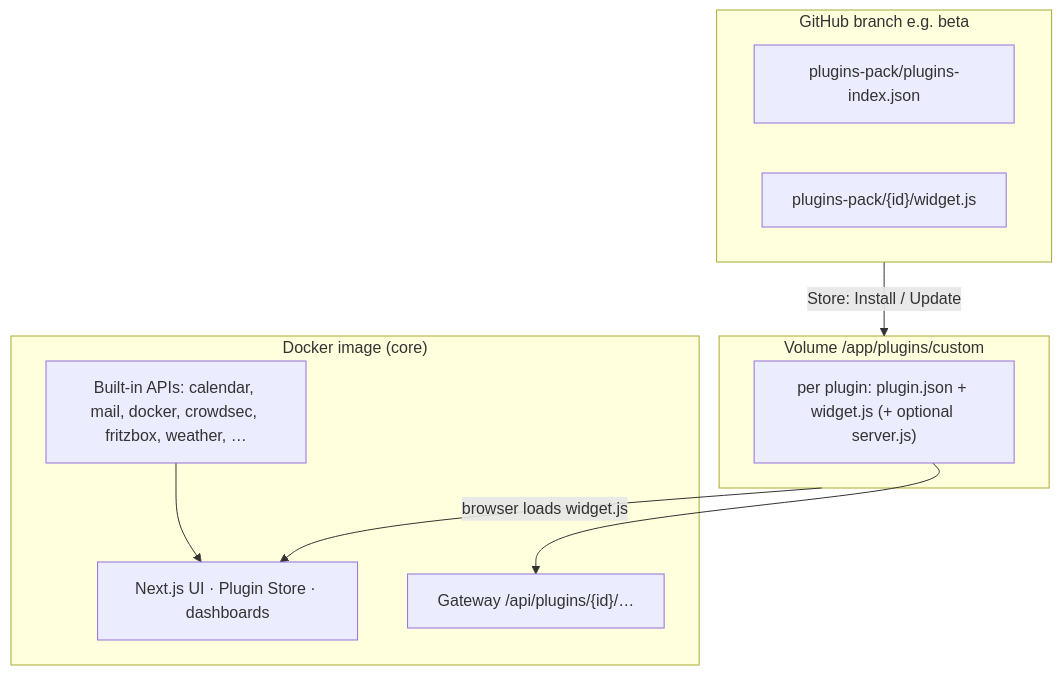
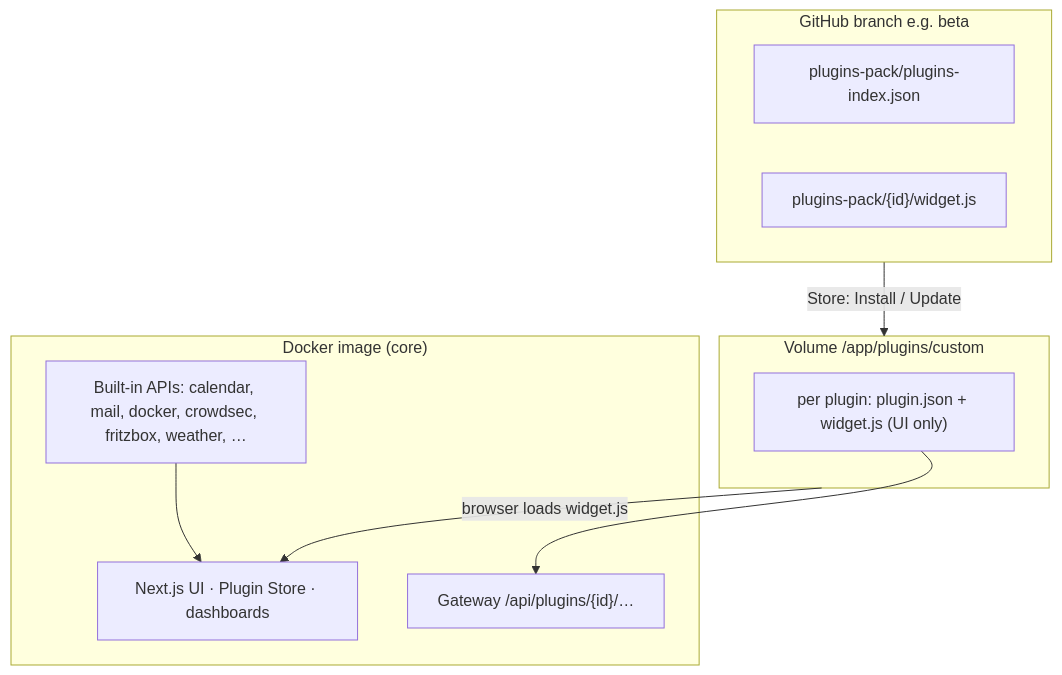
Before and after one commit to s3lfcod3r/selfdashboard: the first of 2 diagrams in README.md, drawn with Mermaid. The commit also changed other lines of this file and 5 other files, not shown here.

````diff
--- a/README.md
+++ b/README.md
@@ -61,19 +61,19 @@
 ```mermaid
 flowchart TB
   subgraph image["Docker image (core)"]
     UI["Next.js UI · Plugin Store · dashboards"]
     CORE["Built-in APIs: calendar, mail, docker, crowdsec, fritzbox, weather, …"]
     GW["Gateway /api/plugins/{id}/…"]
   end
   subgraph vol["Volume /app/plugins/custom"]
-    W["per plugin: plugin.json + widget.js (+ optional server.js)"]
+    W["per plugin: plugin.json + widget.js (UI only)"]
   end
   subgraph gh["GitHub branch e.g. beta"]
     IDX["plugins-pack/plugins-index.json"]
     PACK["plugins-pack/{id}/widget.js"]
   end
   gh -->|"Store: Install / Update"| vol
   vol -->|"browser loads widget.js"| UI
   W --> GW
   CORE --> UI
 ```
````
